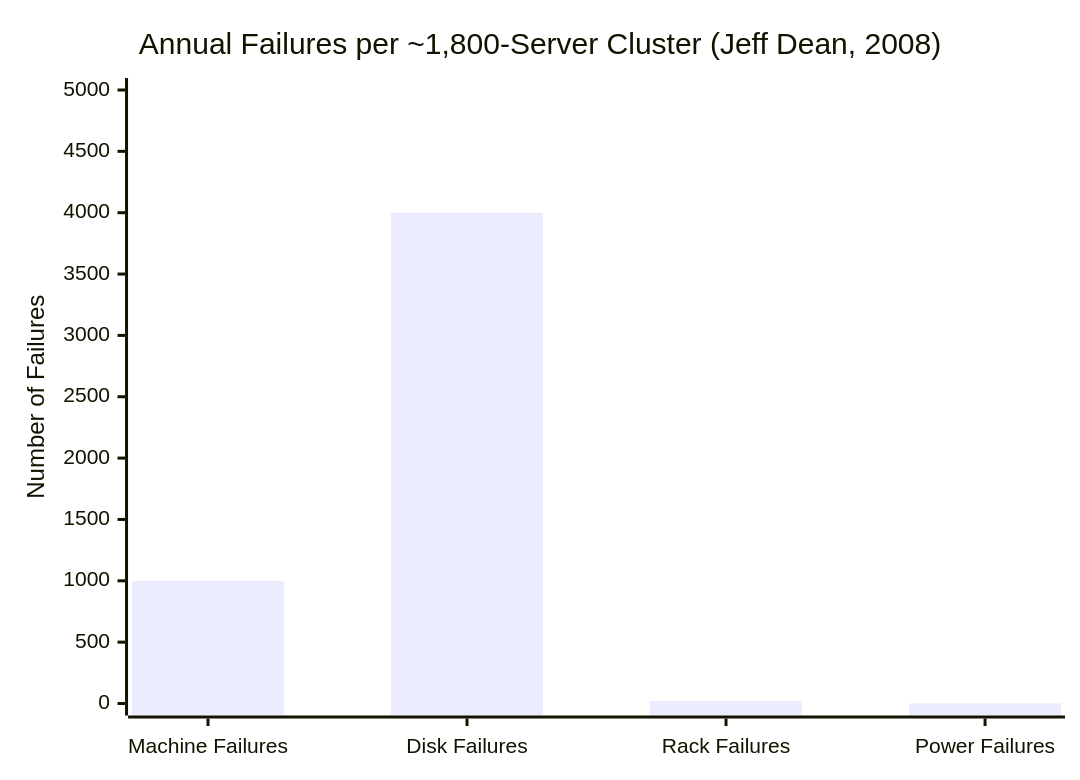
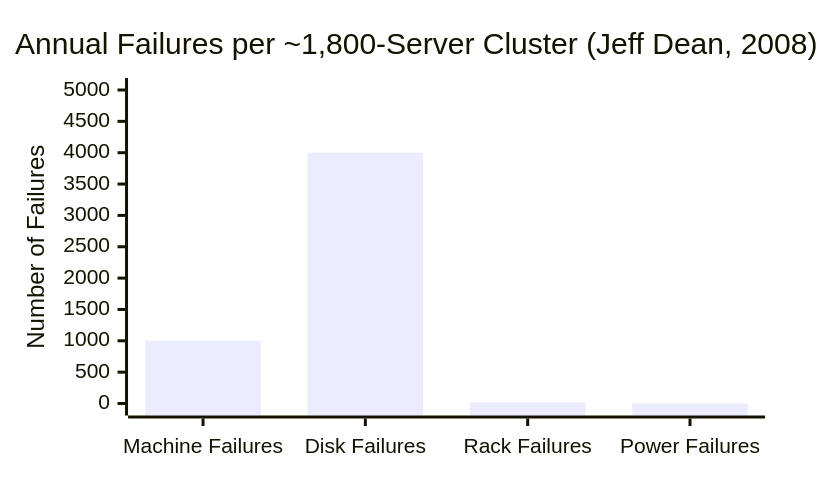
The first of 3 diagrams in Chapter_4_Expanded.md (Alnour/kube_book), drawn with Mermaid before and after one commit. The commit also changed other lines of this file and 7 other files, not shown here.

First line of the commit message:
Fix Mermaid diagram sizing, layout, and label rendering

````diff
--- a/Chapter_4_Expanded.md
+++ b/Chapter_4_Expanded.md
@@ -16,7 +16,8 @@
 ```mermaid
+%%{init: {'xyChart': {'width': 500, 'height': 300}}}%%
 xychart-beta
     title "Annual Failures per ~1,800-Server Cluster (Jeff Dean, 2008)"
     x-axis ["Machine Failures", "Disk Failures", "Rack Failures", "Power Failures"]
     y-axis "Number of Failures" 0 --> 5000
     bar [1000, 4000, 20, 1]
 ```
````
